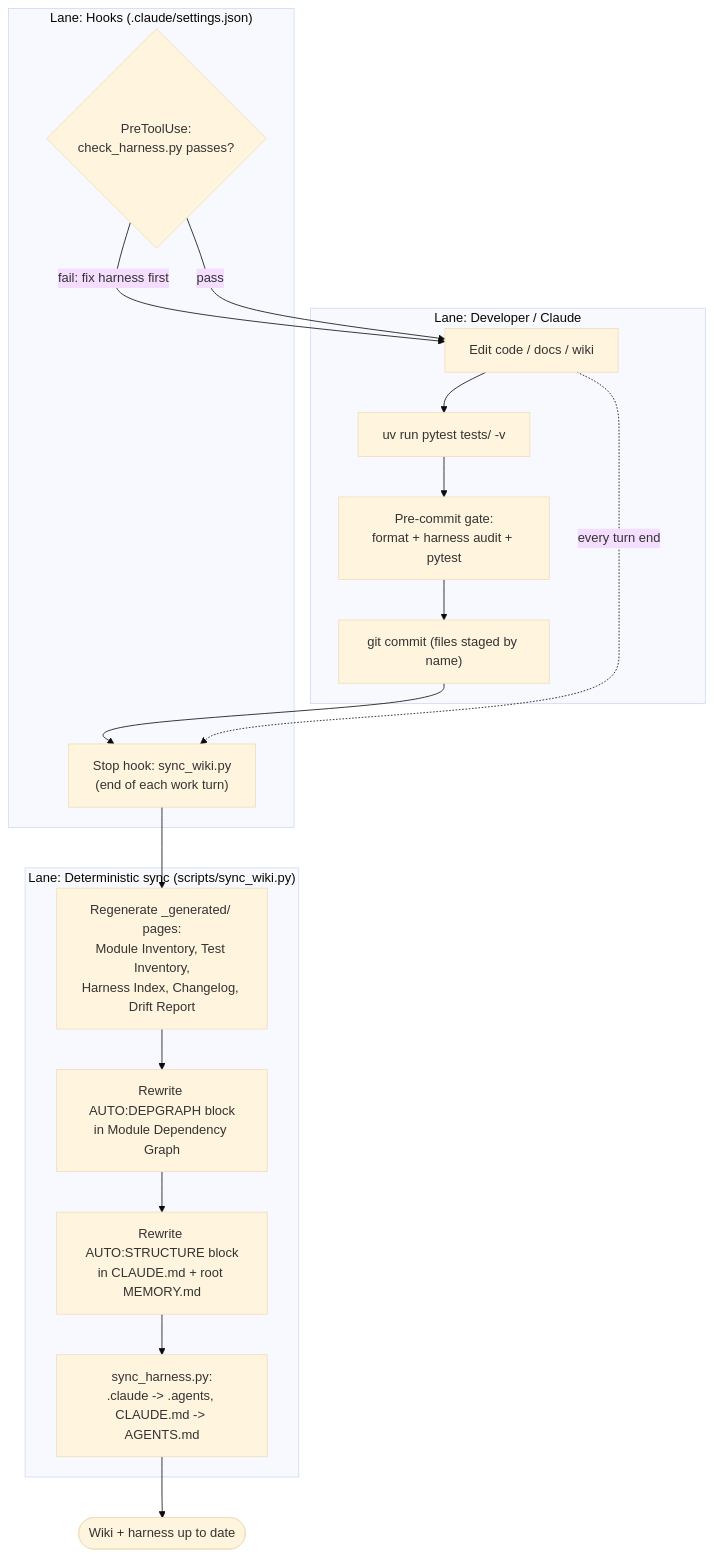
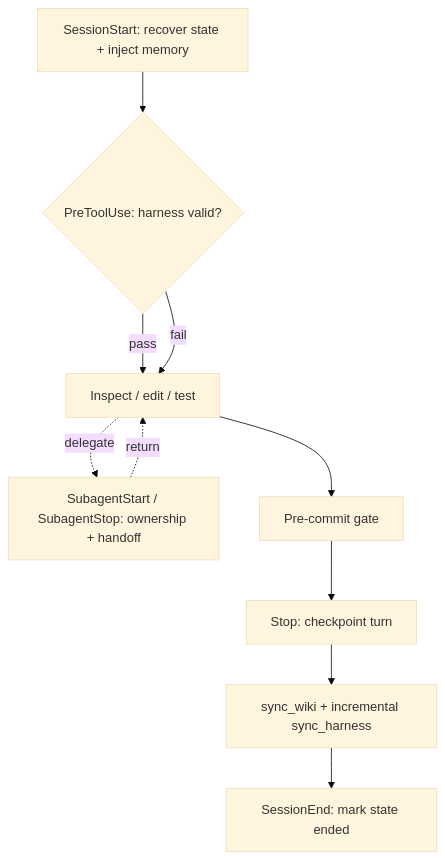
Before and after one commit to GeorgiNaydenov/Google-Capstone-Project: the diagram in wiki/processes/development-workflow.md, drawn with Mermaid (base theme). The commit also changed other lines of this file and 290 other files, not shown here.

````diff
--- a/wiki/processes/development-workflow.md
+++ b/wiki/processes/development-workflow.md
@@ -10,28 +8,18 @@
 ```mermaid
 flowchart TD
-    subgraph LANE_DEV["Lane: Developer / Claude"]
-        EDIT["Edit code / docs / wiki"]
-        TEST["uv run pytest tests/ -v"]
-        GATE["Pre-commit gate:<br/>format + harness audit + pytest"]
-        COMMIT["git commit (files staged by name)"]
-    end
+    START["SessionStart: recover state + inject memory"]
+    AUDIT{"PreToolUse: harness valid?"}
+    WORK["Inspect / edit / test"]
+    SUB["SubagentStart / SubagentStop: ownership + handoff"]
+    GATE["Pre-commit gate"]
+    STOP["Stop: checkpoint turn"]
+    SYNC["sync_wiki + incremental sync_harness"]
+    END["SessionEnd: mark state ended"]
 
-    subgraph LANE_HOOK["Lane: Hooks (.claude/settings.json)"]
-        PRE{"PreToolUse:<br/>check_harness.py passes?"}
-        STOP["Stop hook: sync_wiki.py<br/>(end of each work turn)"]
-    end
-
-    subgraph LANE_SYNC["Lane: Deterministic sync (scripts/sync_wiki.py)"]
-        GEN["Regenerate _generated/ pages:<br/>Module Inventory, Test Inventory,<br/>Harness Index, Changelog, Drift Report"]
-        DEP["Rewrite AUTO:DEPGRAPH block<br/>in Module Dependency Graph"]
-        CMD["Rewrite AUTO:STRUCTURE block<br/>in CLAUDE.md + root MEMORY.md"]
-        MIRROR["sync_harness.py:<br/>.claude -> .agents, CLAUDE.md -> AGENTS.md"]
-    end
-
-    PRE -->|fail: fix harness first| EDIT
-    PRE -->|pass| EDIT
-    EDIT --> TEST --> GATE --> COMMIT
-    COMMIT --> STOP
-    EDIT -.->|every turn end| STOP
-    STOP --> GEN --> DEP --> CMD --> MIRROR --> DONE([Wiki + harness up to date])
+    START --> AUDIT
+    AUDIT -->|pass| WORK
+    AUDIT -->|fail| WORK
+    WORK -. delegate .-> SUB -. return .-> WORK
+    WORK --> GATE --> STOP --> SYNC
+    SYNC --> END
 ```
````
